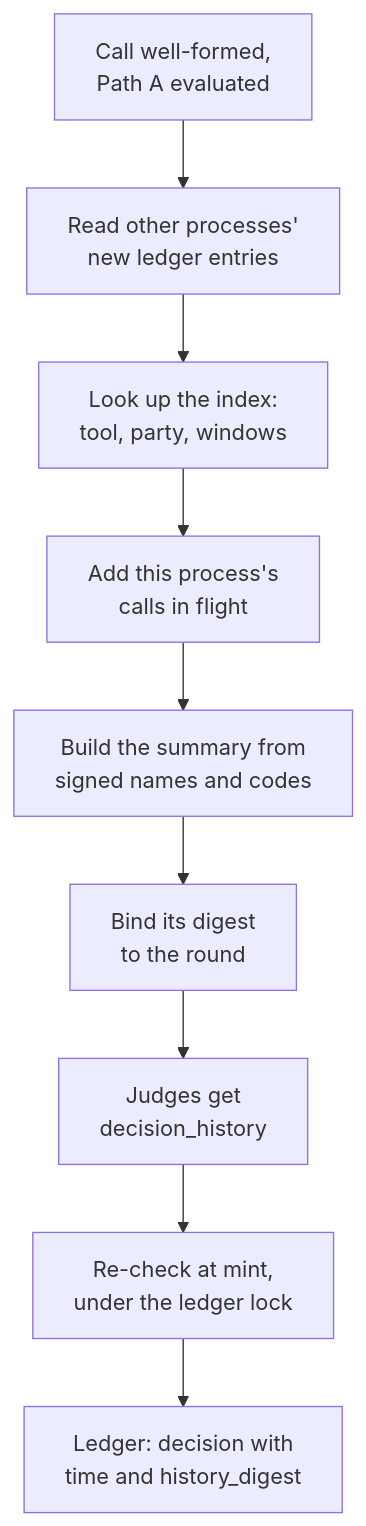
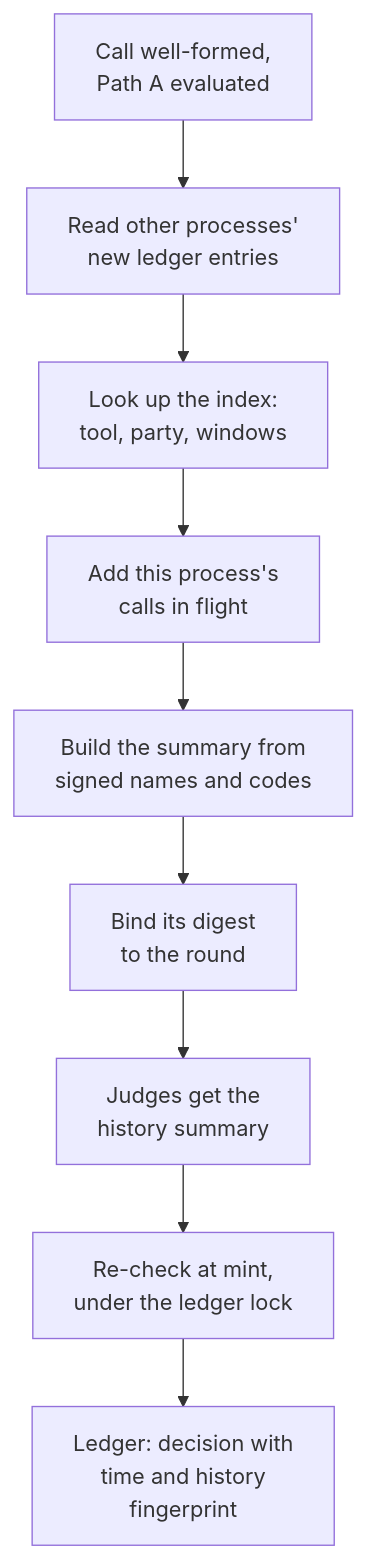
One commit to Insomniac-VibeLabs/two-key changed the fourth of 4 diagrams in docs/JUDGES_AND_QUORUM.md. Above: the diagram before and after it, drawn with Mermaid. The commit also changed other lines of this file and 7 other files, not shown here.

First line of the commit message:
Docs: diagram labels use plain words instead of code names

````diff
--- a/docs/JUDGES_AND_QUORUM.md
+++ b/docs/JUDGES_AND_QUORUM.md
@@ -185,11 +185,11 @@
 ```mermaid
 flowchart TD
     A["Call well-formed,<br/>Path A evaluated"] --> B["Read other processes'<br/>new ledger entries"]
     B --> C["Look up the index:<br/>tool, party, windows"]
     C --> D["Add this process's<br/>calls in flight"]
     D --> E["Build the summary from<br/>signed names and codes"]
     E --> F["Bind its digest<br/>to the round"]
-    F --> G["Judges get<br/>decision_history"]
+    F --> G["Judges get the<br/>history summary"]
     G --> H["Re-check at mint,<br/>under the ledger lock"]
-    H --> I["Ledger: decision with<br/>time and history_digest"]
+    H --> I["Ledger: decision with<br/>time and history<br/>fingerprint"]
 ```
````
